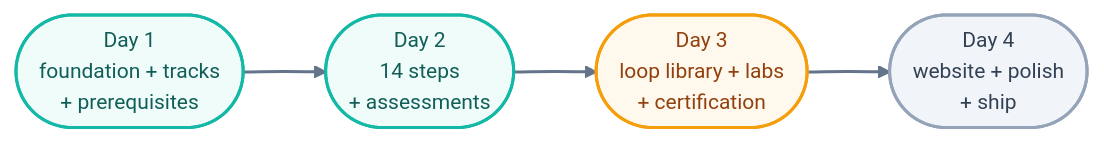
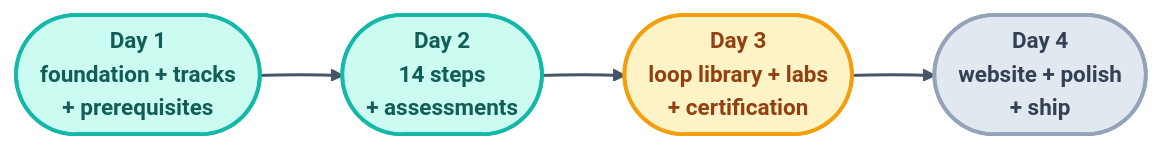
The diagram in STATE.md (ayeshakhalid192007-dev/LoopEngineering-CrashCourse), drawn with Mermaid before and after one commit. The commit also changed 66 other files, not shown here.

First line of the commit message:
docs(diagrams): visibly bolder pass — deeper fills, heavier strokes, semibold labels

````diff
--- a/STATE.md
+++ b/STATE.md
@@ -10,11 +10,11 @@
 ```mermaid
-%%{init: {'theme':'base','themeVariables':{'fontFamily':'ui-sans-serif, system-ui, sans-serif','fontSize':'14px','lineColor':'#64748b','edgeLabelBackground':'#f8fafc'},'flowchart':{'curve':'basis','nodeSpacing':45,'rankSpacing':55,'padding':12}}}%%
+%%{init: {'theme':'base','themeVariables':{'fontFamily':'ui-sans-serif, system-ui, sans-serif','fontSize':'15px','lineColor':'#475569','edgeLabelBackground':'#f8fafc'},'flowchart':{'curve':'basis','nodeSpacing':45,'rankSpacing':55,'padding':12}}}%%
 flowchart LR
     D1(["Day 1<br/>foundation + tracks<br/>+ prerequisites"]):::done --> D2(["Day 2<br/>14 steps<br/>+ assessments"]):::done
     D2 --> D3(["Day 3<br/>loop library + labs<br/>+ certification"]):::next
     D3 --> D4(["Day 4<br/>website + polish<br/>+ ship"]):::todo
-    linkStyle default stroke:#64748b,stroke-width:2px;
-    classDef done fill:#effcf9,stroke:#14b8a6,stroke-width:2px,color:#115e59;
-    classDef next fill:#fef9ec,stroke:#f59e0b,stroke-width:2px,color:#92400e;
-    classDef todo fill:#f1f5f9,stroke:#94a3b8,stroke-width:2px,color:#334155;
+    linkStyle default stroke:#475569,stroke-width:2px;
+    classDef done fill:#ccfbf1,stroke:#14b8a6,stroke-width:2.5px,color:#115e59,font-weight:600;
+    classDef next fill:#fef3c7,stroke:#f59e0b,stroke-width:2.5px,color:#92400e,font-weight:600;
+    classDef todo fill:#e2e8f0,stroke:#94a3b8,stroke-width:2.5px,color:#334155,font-weight:600;
 ```
````
